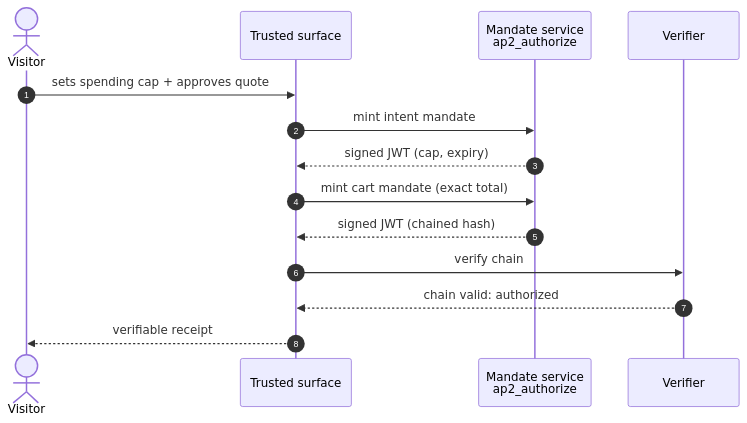
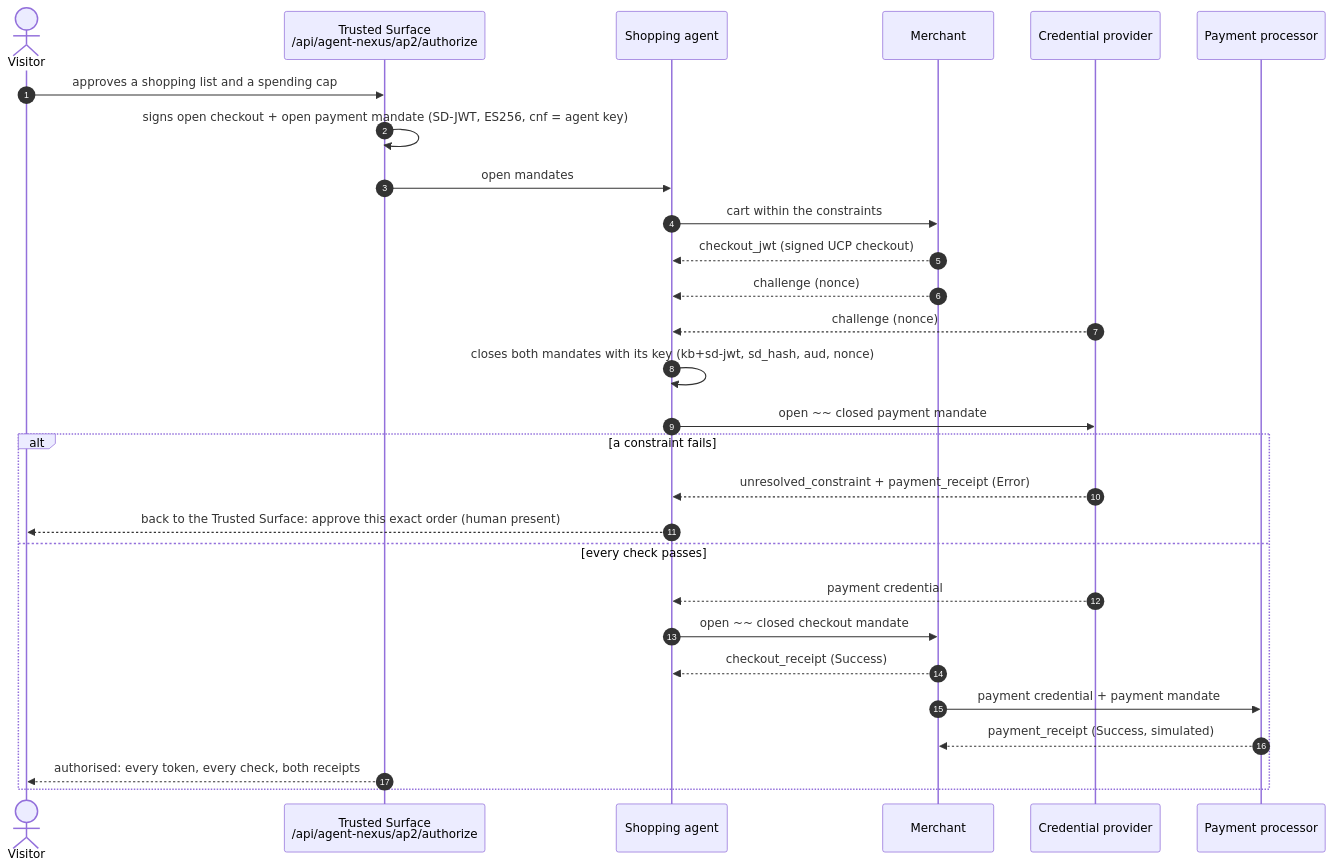
Before and after one commit to dirnbauer/typo3-agent-nexus: the diagram in Build/Diagrams/ap2.mmd, drawn with Mermaid. The commit also changed 1 other file, not shown here.

Commit message:
docs(ap2): the v0.2.0 mandates, the five roles, the flow, the endpoints and curl
The protocol page describes open and closed checkout and payment
mandates as SD-JWTs, the delegate chain on the wire, every constraint,
the checks and their errors, the receipts, both public routes with their
refusals, the UCP bridge and its error codes, the studio, the inspector
and the widget, where the implementation follows the specification
rather than the SDK, and what is simulated. The sequence diagram source
follows the same flow; the SVG is rendered separately.

```diff
--- a/Build/Diagrams/ap2.mmd
+++ b/Build/Diagrams/ap2.mmd
@@ -1,14 +1,28 @@
 sequenceDiagram
     autonumber
     actor V as Visitor
-    participant S as Trusted surface
-    participant M as Mandate service<br/>ap2_authorize
-    participant P as Verifier
-    V->>S: sets spending cap + approves quote
-    S->>M: mint intent mandate
-    M-->>S: signed JWT (cap, expiry)
-    S->>M: mint cart mandate (exact total)
-    M-->>S: signed JWT (chained hash)
-    S->>P: verify chain
-    P-->>S: chain valid: authorized
-    S-->>V: verifiable receipt
+    participant T as Trusted Surface<br/>/api/agent-nexus/ap2/authorize
+    participant A as Shopping agent
+    participant M as Merchant
+    participant C as Credential provider
+    participant P as Payment processor
+    V->>T: approves a shopping list and a spending cap
+    T->>T: signs open checkout + open payment mandate (SD-JWT, ES256, cnf = agent key)
+    T->>A: open mandates
+    A->>M: cart within the constraints
+    M-->>A: checkout_jwt (signed UCP checkout)
+    M-->>A: challenge (nonce)
+    C-->>A: challenge (nonce)
+    A->>A: closes both mandates with its key (kb+sd-jwt, sd_hash, aud, nonce)
+    A->>C: open ~~ closed payment mandate
+    alt a constraint fails
+        C-->>A: unresolved_constraint + payment_receipt (Error)
+        A-->>V: back to the Trusted Surface: approve this exact order (human present)
+    else every check passes
+        C-->>A: payment credential
+        A->>M: open ~~ closed checkout mandate
+        M-->>A: checkout_receipt (Success)
+        M->>P: payment credential + payment mandate
+        P-->>M: payment_receipt (Success, simulated)
+        T-->>V: authorised: every token, every check, both receipts
+    end
```
